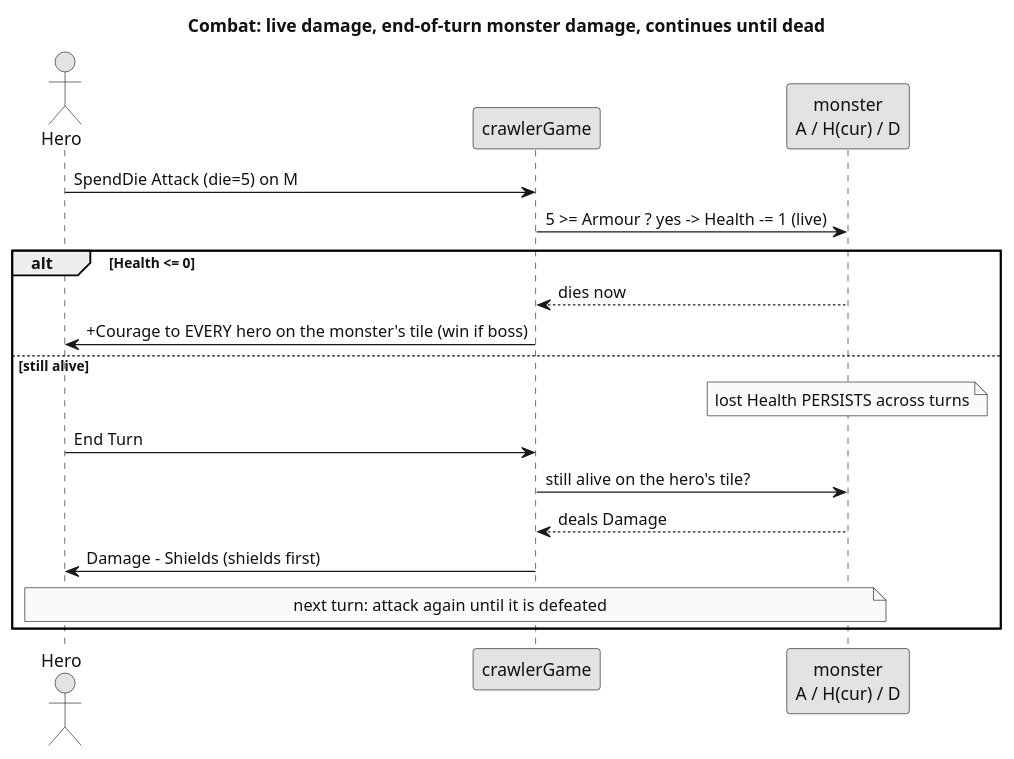
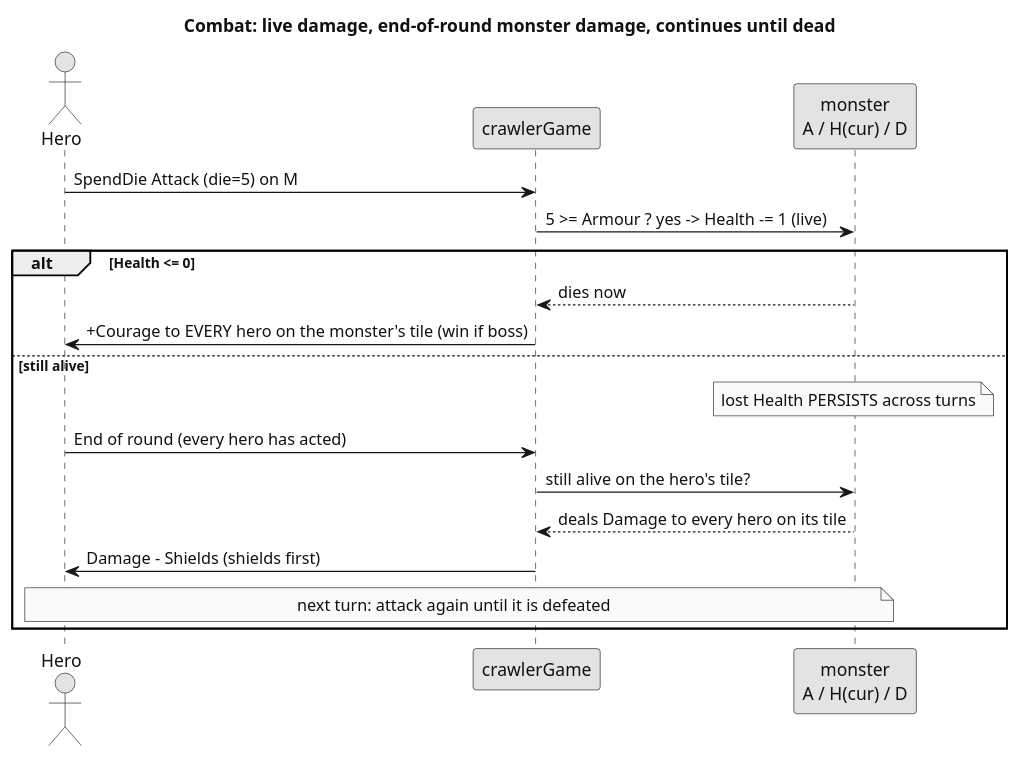
The fourth of 5 diagrams in docs/crawler-architecture.md (Niklasvdm/TotemAppIT), drawn with PlantUML before and after one commit. The commit also changed other lines of this file and 21 other files, not shown here.

````diff
--- a/docs/crawler-architecture.md
+++ b/docs/crawler-architecture.md
@@ -309,26 +310,26 @@
 ```plantuml
 @startuml crawler-combat
-title Combat: live damage, end-of-turn monster damage, continues until dead
+title Combat: live damage, end-of-round monster damage, continues until dead
 skinparam shadowing false
 skinparam backgroundColor #FFFFFF
 skinparam monochrome true
 skinparam defaultFontColor #111111
 actor Hero
 participant "crawlerGame" as G
 participant "monster\nA / H(cur) / D" as M
 
 Hero -> G : SpendDie Attack (die=5) on M
 G -> M : 5 >= Armour ? yes -> Health -= 1 (live)
 alt Health <= 0
   M --> G : dies now
   G -> Hero : +Courage to EVERY hero on the monster's tile (win if boss)
 else still alive
   note over M : lost Health PERSISTS across turns
-  Hero -> G : End Turn
+  Hero -> G : End of round (every hero has acted)
   G -> M : still alive on the hero's tile?
-  M --> G : deals Damage
+  M --> G : deals Damage to every hero on its tile
   G -> Hero : Damage - Shields (shields first)
   note over Hero, M : next turn: attack again until it is defeated
 end
 @enduml
 ```
````
